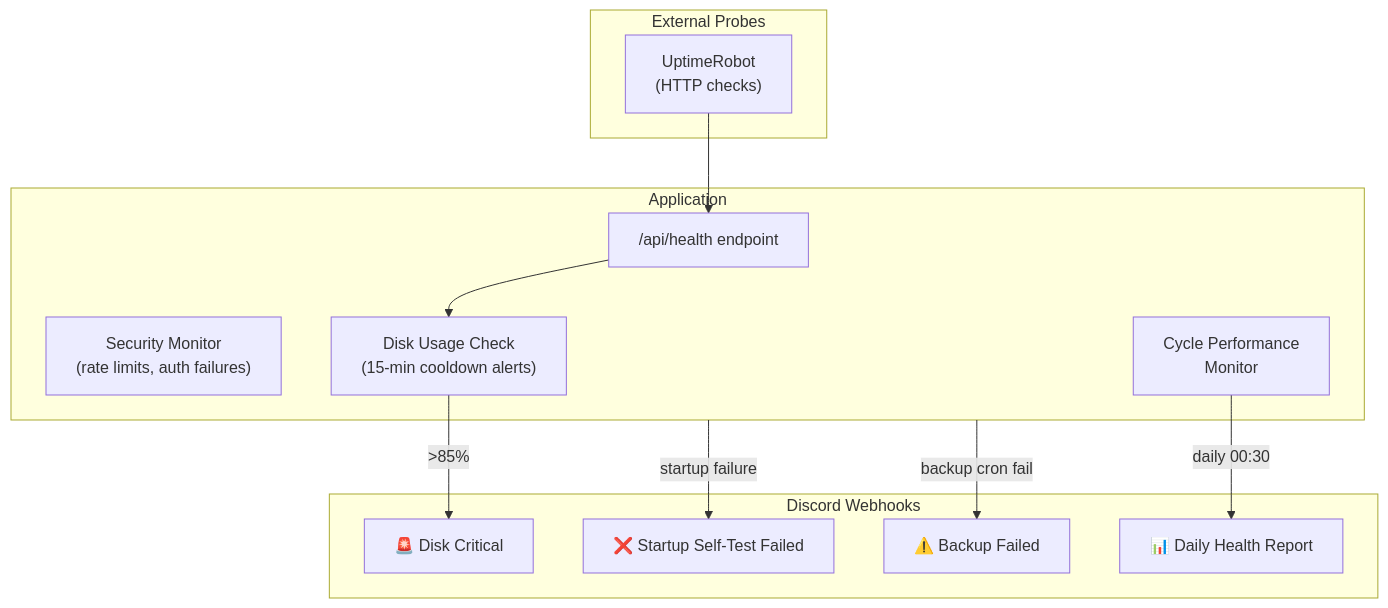
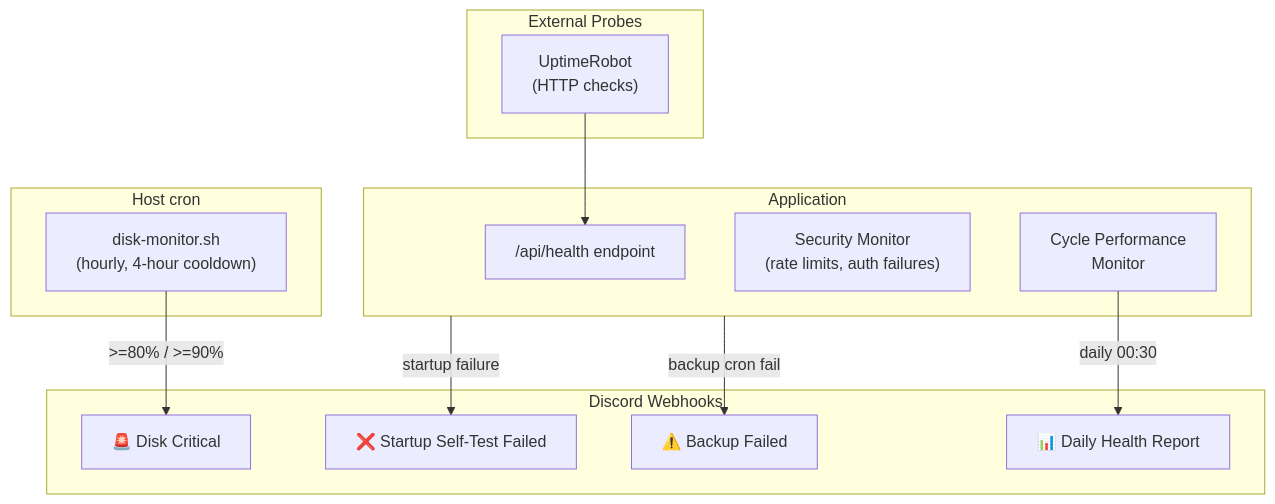
Diagram 21 of 21 in docs/architecture/diagrams.md (RobertTeunissen/ArmouredSouls), drawn with Mermaid before and after one commit. The commit also changed 26 other files, not shown here.

First line of the commit message:
fix: reduce Discord alert noise and fix dropped alerts

````diff
--- a/docs/architecture/diagrams.md
+++ b/docs/architecture/diagrams.md
@@ -941,27 +941,29 @@
 ```mermaid
 flowchart TB
     subgraph Probes["External Probes"]
         UR["UptimeRobot<br/>(HTTP checks)"]
     end
 
     subgraph App["Application"]
         Health["/api/health endpoint"]
         SecMon["Security Monitor<br/>(rate limits, auth failures)"]
         CycleMon["Cycle Performance<br/>Monitor"]
-        DiskCheck["Disk Usage Check<br/>(15-min cooldown alerts)"]
+    end
+
+    subgraph Host["Host cron"]
+        DiskCheck["disk-monitor.sh<br/>(hourly, 4-hour cooldown)"]
     end
 
     subgraph Alerts["Discord Webhooks"]
         DiskAlert["🚨 Disk Critical"]
         StartupFail["❌ Startup Self-Test Failed"]
         BackupFail["⚠️ Backup Failed"]
         DailyReport["📊 Daily Health Report"]
     end
 
     UR --> Health
-    Health --> DiskCheck
-    DiskCheck -->|>85%| DiskAlert
+    DiskCheck -->|>=80% / >=90%| DiskAlert
     App -->|startup failure| StartupFail
     App -->|backup cron fail| BackupFail
     CycleMon -->|daily 00:30| DailyReport
 ```
````
